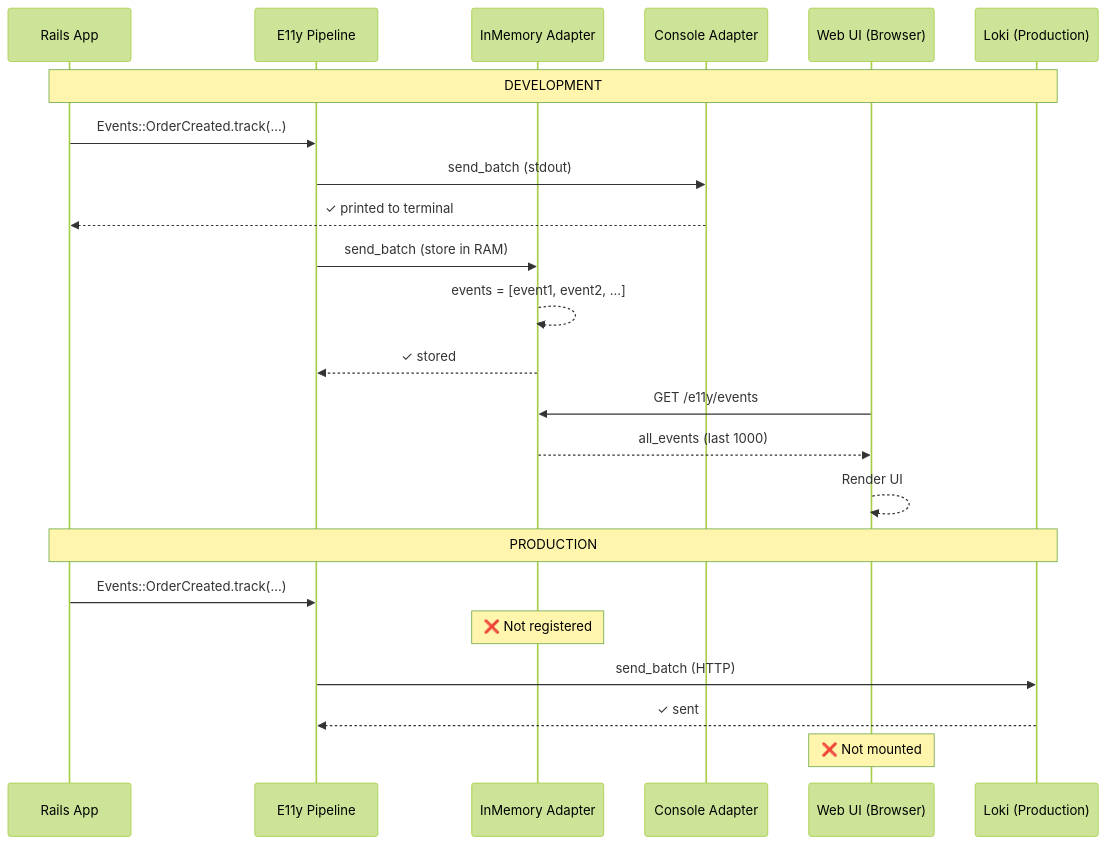
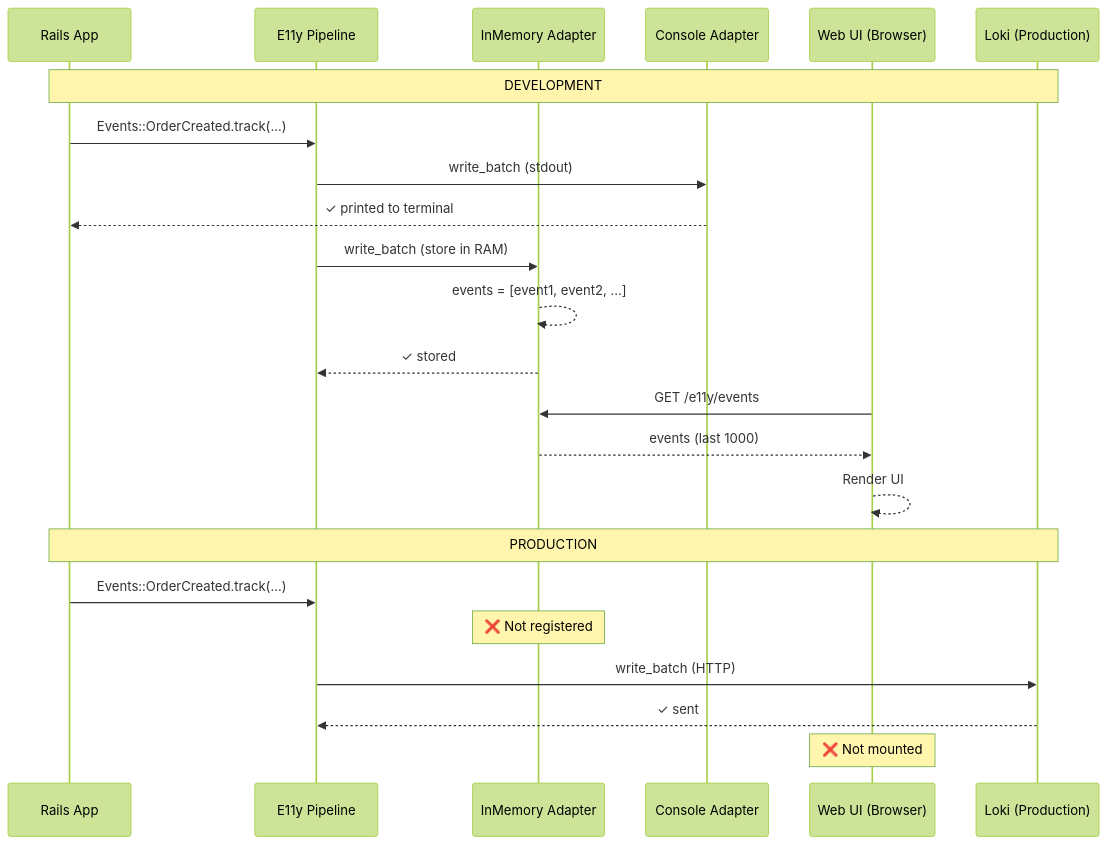
The third of 3 diagrams in docs/ADR-010-developer-experience.md (arturseletskiy/e11y), drawn with Mermaid (forest theme) before and after one commit. The commit also changed other lines of this file and 230 other files, not shown here.

````diff
--- a/docs/ADR-010-developer-experience.md
+++ b/docs/ADR-010-developer-experience.md
@@ -226,35 +226,35 @@
 ```mermaid
 sequenceDiagram
     participant App as Rails App
     participant E11y as E11y Pipeline
     participant Memory as InMemory Adapter
     participant Console as Console Adapter
     participant WebUI as Web UI (Browser)
     participant Loki as Loki (Production)
     
     Note over App,Loki: DEVELOPMENT
     
     App->>E11y: Events::OrderCreated.track(...)
     
-    E11y->>Console: send_batch (stdout)
+    E11y->>Console: write_batch (stdout)
     Console-->>App: ✓ printed to terminal
     
-    E11y->>Memory: send_batch (store in RAM)
+    E11y->>Memory: write_batch (store in RAM)
     Memory-->>Memory: events = [event1, event2, ...]
     Memory-->>E11y: ✓ stored
     
     WebUI->>Memory: GET /e11y/events
-    Memory-->>WebUI: all_events (last 1000)
+    Memory-->>WebUI: events (last 1000)
     WebUI-->>WebUI: Render UI
     
     Note over App,Loki: PRODUCTION
     
     App->>E11y: Events::OrderCreated.track(...)
     
     Note over Memory: ❌ Not registered
     
-    E11y->>Loki: send_batch (HTTP)
+    E11y->>Loki: write_batch (HTTP)
     Loki-->>E11y: ✓ sent
     
     Note over WebUI: ❌ Not mounted
 ```
````
